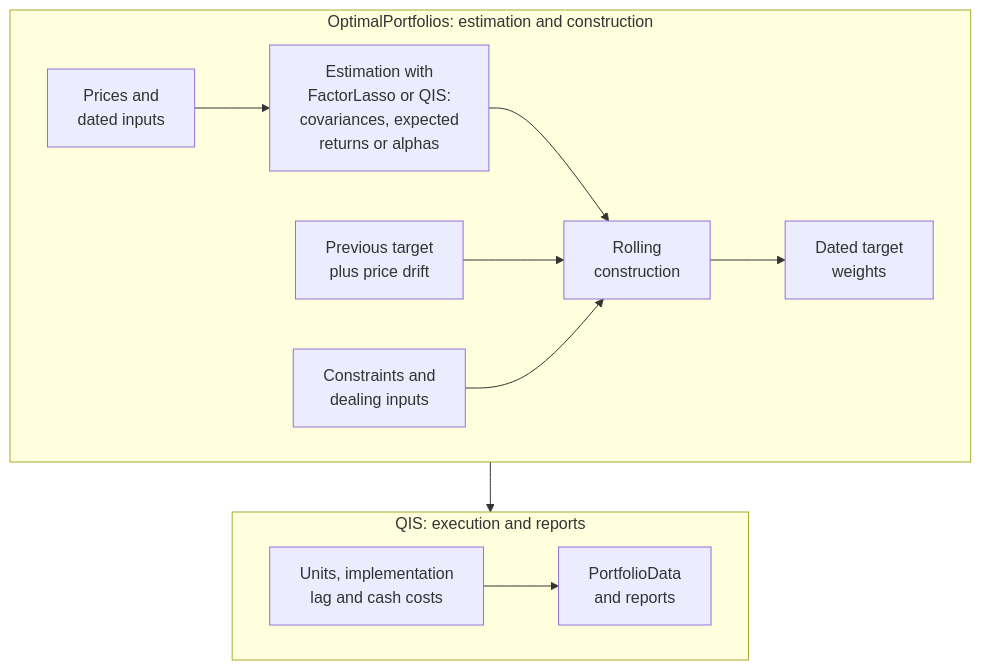
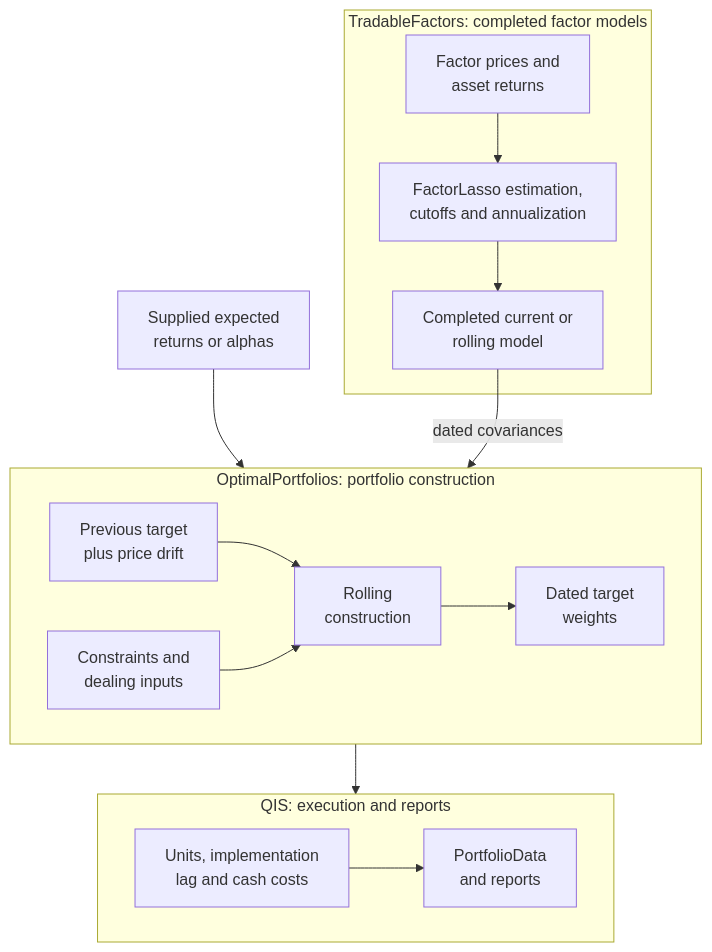
Before and after one commit to ArturSepp/OptimalPortfolios: the first of 2 diagrams in docs/software_design.md, drawn with Mermaid. The commit also changed other lines of this file and 117 other files, not shown here.

Commit message:
Checkpoint portfolio tooling and TradableFactors extraction

````diff
--- a/docs/software_design.md
+++ b/docs/software_design.md
@@ -46,16 +47,21 @@
 ```mermaid
 flowchart TB
-    subgraph decide ["OptimalPortfolios: estimation and construction"]
+    subgraph estimate ["TradableFactors: completed factor models"]
+        P["Factor prices and<br/>asset returns"] --> E["FactorLasso estimation,<br/>cutoffs and annualization"]
+        E --> F["Completed current or<br/>rolling model"]
+    end
+    A["Supplied expected<br/>returns or alphas"] --> R
+    F -->|dated covariances| R
+    subgraph decide ["OptimalPortfolios: portfolio construction"]
         direction LR
-        P["Prices and<br/>dated inputs"] --> E["Estimation with<br/>FactorLasso or QIS:<br/>covariances, expected<br/>returns or alphas"]
-        E --> R["Rolling<br/>construction"]
+        R["Rolling<br/>construction"]
         S["Previous target<br/>plus price drift"] --> R
         C["Constraints and<br/>dealing inputs"] --> R
         R --> W["Dated target<br/>weights"]
     end
     subgraph execute ["QIS: execution and reports"]
         direction LR
         Q["Units, implementation<br/>lag and cash costs"] --> D["PortfolioData<br/>and reports"]
     end
-    decide --> execute
+    W --> Q
 ```
````
